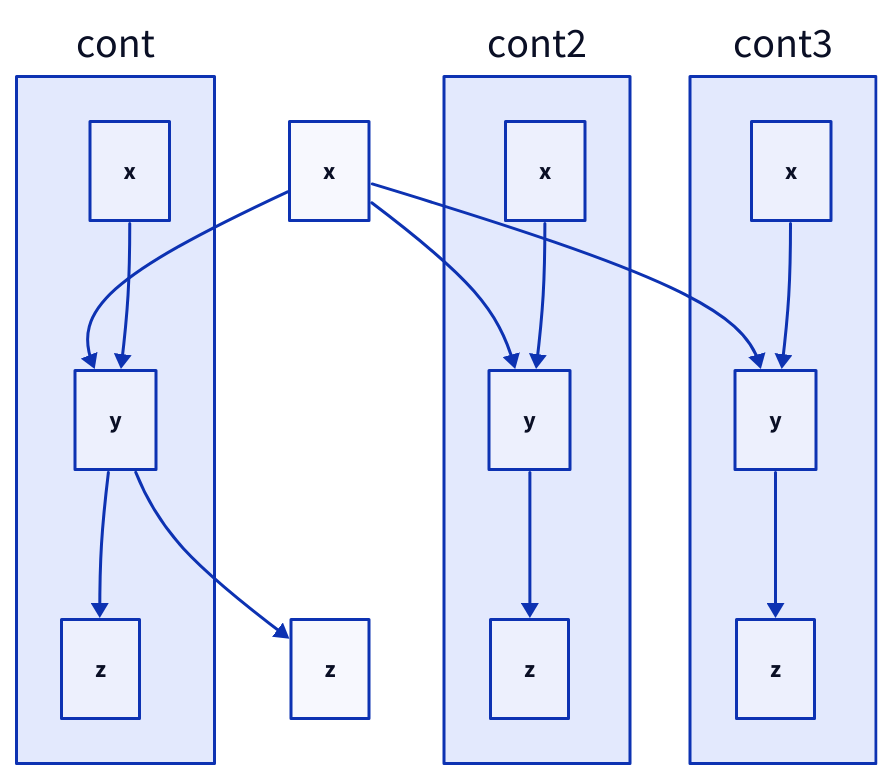
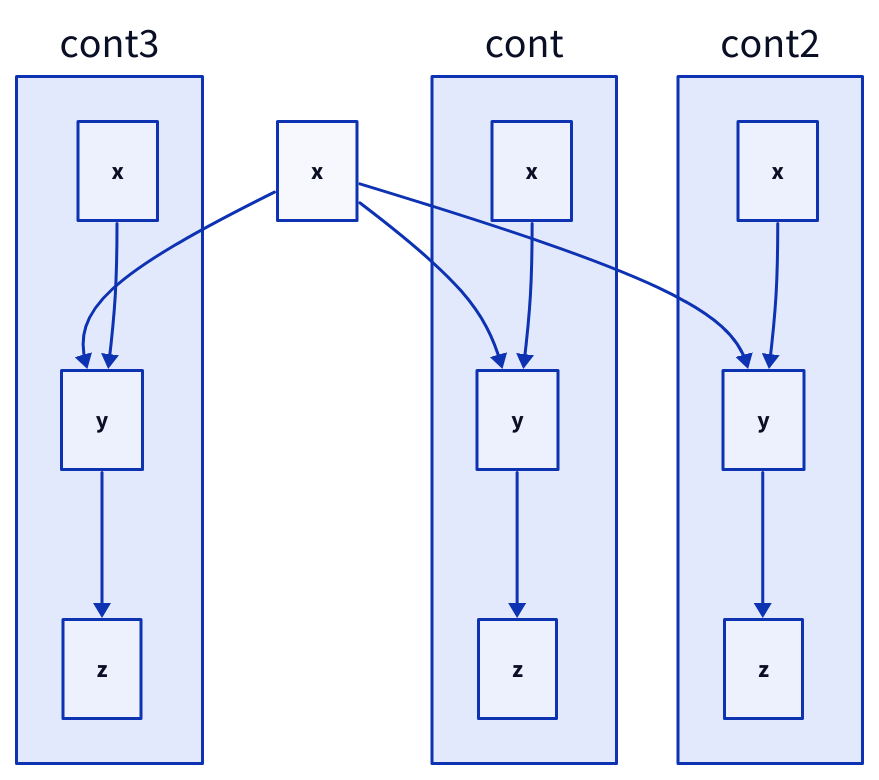
The third of 5 diagrams in docs/kroki/d2/community-issues.md (chyax98/DiagramAI), drawn with D2 before and after one commit. The commit also changed other lines of this file and 52 other files, not shown here.

````diff
--- a/docs/kroki/d2/community-issues.md
+++ b/docs/kroki/d2/community-issues.md
@@ -212,11 +87,9 @@
 ```d2
-x -> cont.y -> z
+x -> cont3.y
+x -> cont.y
 x -> cont2.y
-x -> cont3.y
 
 cont {x -> y -> z}
 cont2 {x -> y -> z}
 cont3 {x -> y -> z}
-
-# 结果: x -> cont3.y 的线穿过 cont2
 ```
````
